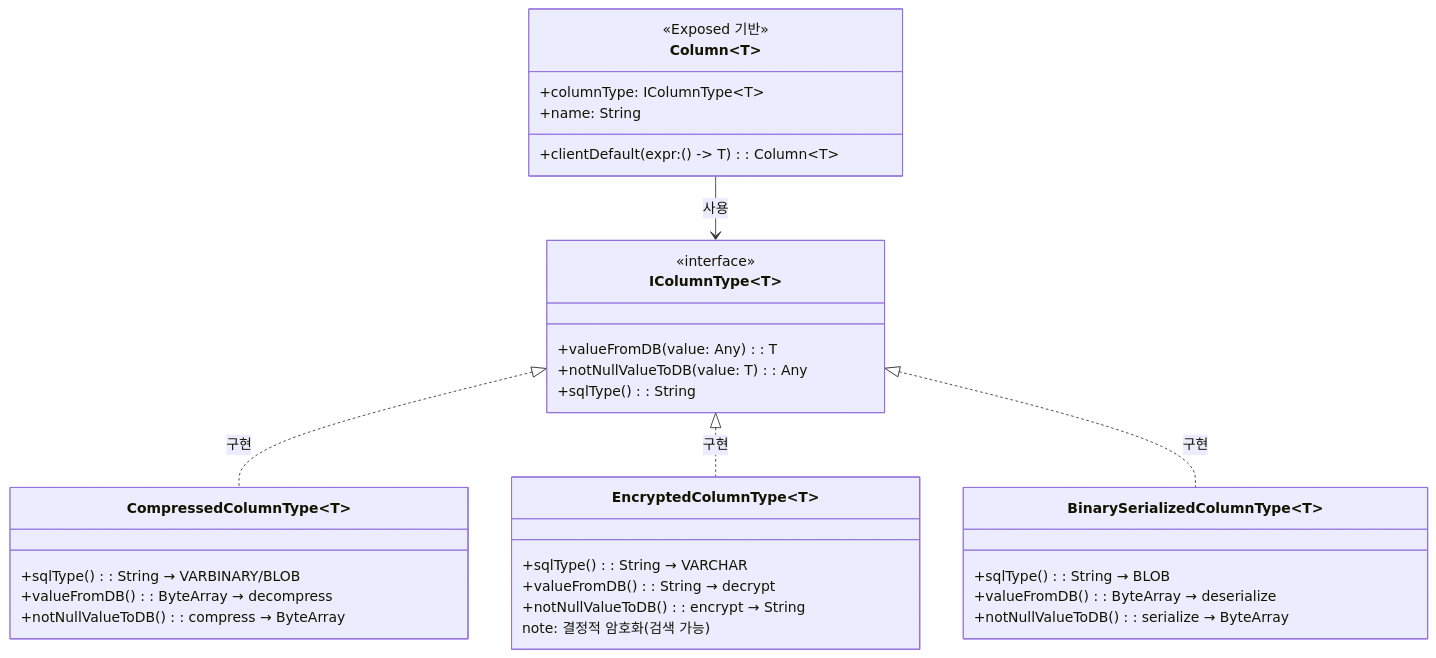
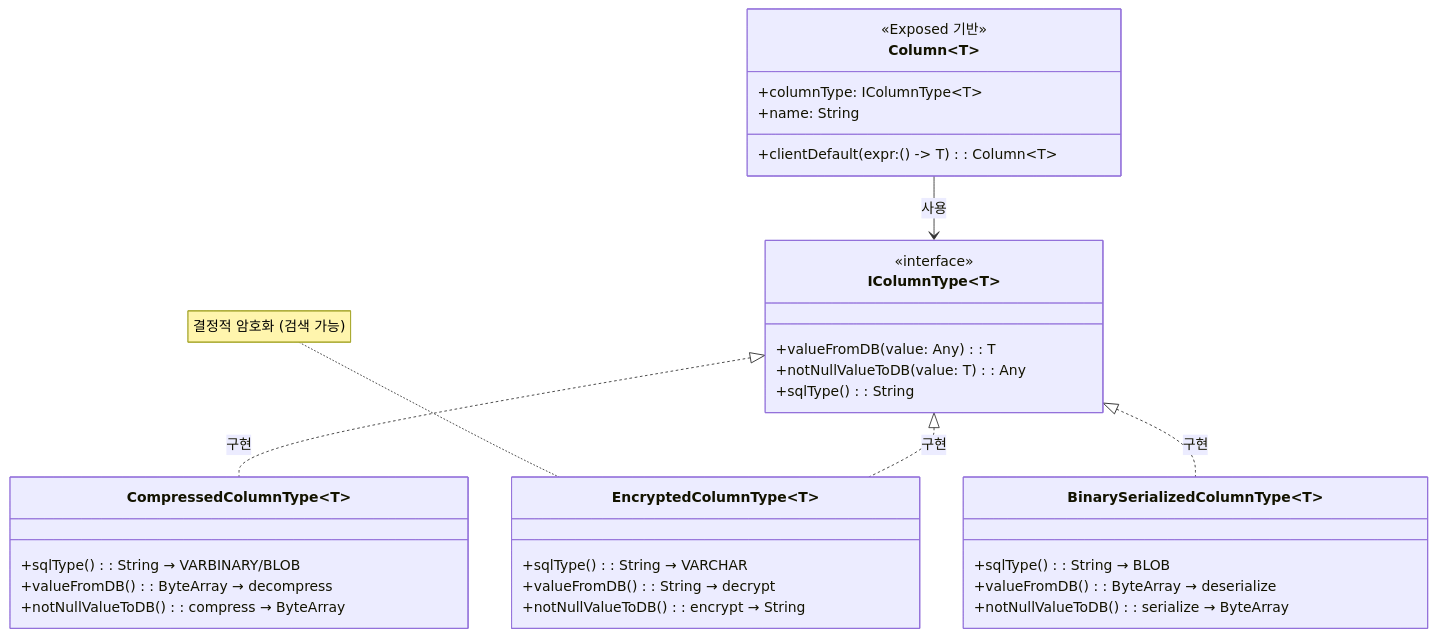
Before and after one commit to bluetape4k/exposed-r2dbc-workshop: the diagram in 06-advanced/06-exposed-r2dbc-custom-columns/README.md, drawn with Mermaid. The commit also changed 8 other files, not shown here.

First line of the commit message:
docs: Mermaid 다이어그램 note 속성 개선

````diff
--- a/06-advanced/06-exposed-r2dbc-custom-columns/README.md
+++ b/06-advanced/06-exposed-r2dbc-custom-columns/README.md
@@ -15,36 +15,36 @@
 ```mermaid
 classDiagram
     class Column~T~ {
         <<Exposed 기반>>
         +columnType: IColumnType~T~
         +name: String
         +clientDefault(expr: () -> T): Column~T~
     }
     class IColumnType~T~ {
         <<interface>>
         +valueFromDB(value: Any): T
         +notNullValueToDB(value: T): Any
         +sqlType(): String
     }
     class CompressedColumnType~T~ {
         +sqlType(): String → VARBINARY/BLOB
         +valueFromDB(): ByteArray → decompress
         +notNullValueToDB(): compress → ByteArray
     }
     class EncryptedColumnType~T~ {
         +sqlType(): String → VARCHAR
         +valueFromDB(): String → decrypt
         +notNullValueToDB(): encrypt → String
-        note: 결정적 암호화 (검색 가능)
     }
+    note for EncryptedColumnType "결정적 암호화 (검색 가능)"
     class BinarySerializedColumnType~T~ {
         +sqlType(): String → BLOB
         +valueFromDB(): ByteArray → deserialize
         +notNullValueToDB(): serialize → ByteArray
     }
 
     Column --> IColumnType : 사용
     IColumnType <|.. CompressedColumnType : 구현
     IColumnType <|.. EncryptedColumnType : 구현
     IColumnType <|.. BinarySerializedColumnType : 구현
 ```
````
